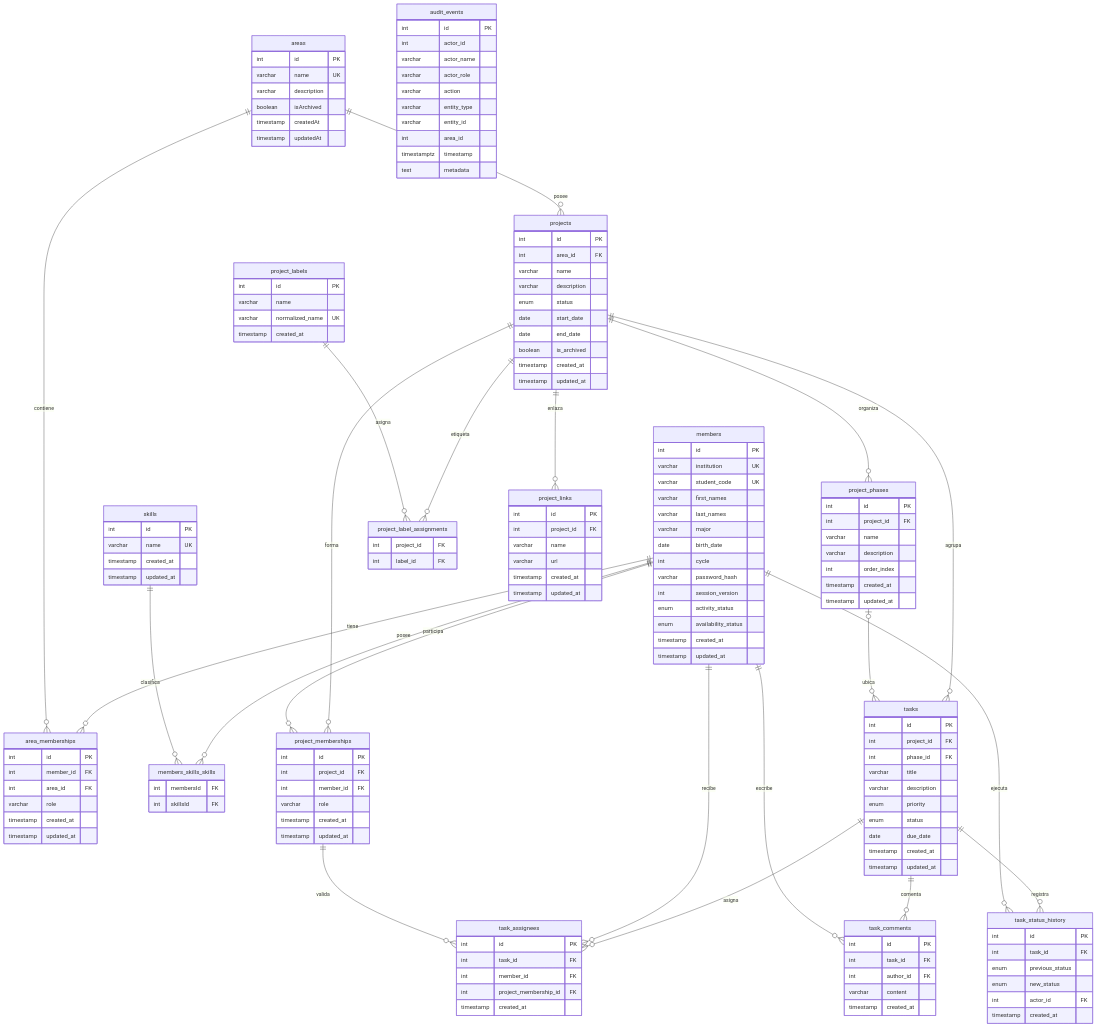
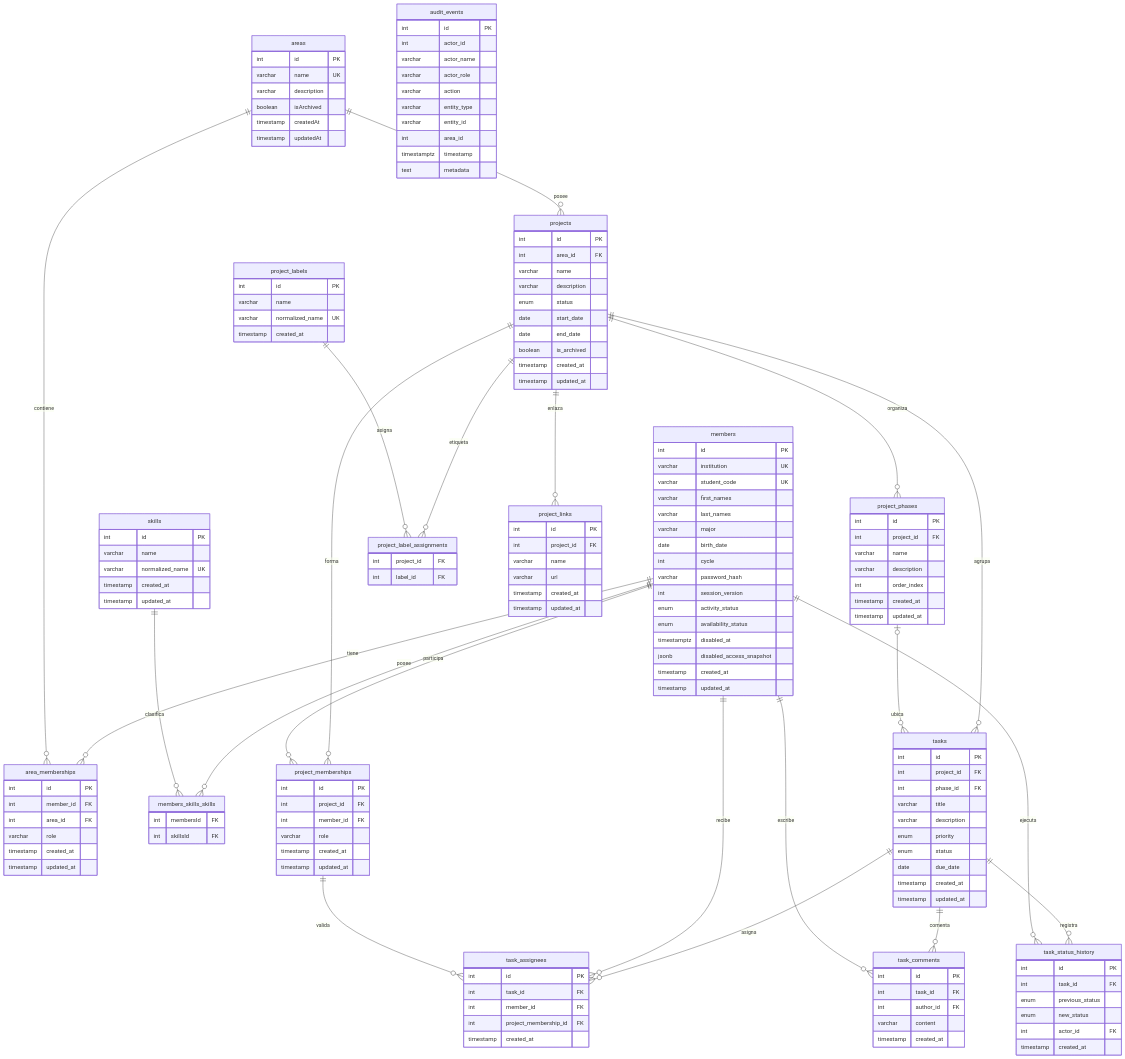
One commit to ccUnicode/UNICORE changed the diagram in docs/base-de-datos.md. Above: the diagram before and after it, drawn with Mermaid. The commit also changed other lines of this file and 4 other files, not shown here.

```diff
--- a/docs/base-de-datos.md
+++ b/docs/base-de-datos.md
@@ -40,13 +40,16 @@
         int session_version
         enum activity_status
         enum availability_status
+        timestamptz disabled_at
+        jsonb disabled_access_snapshot
         timestamp created_at
         timestamp updated_at
     }
 
     skills {
         int id PK
-        varchar name UK
+        varchar name
+        varchar normalized_name UK
         timestamp created_at
         timestamp updated_at
     }
```
